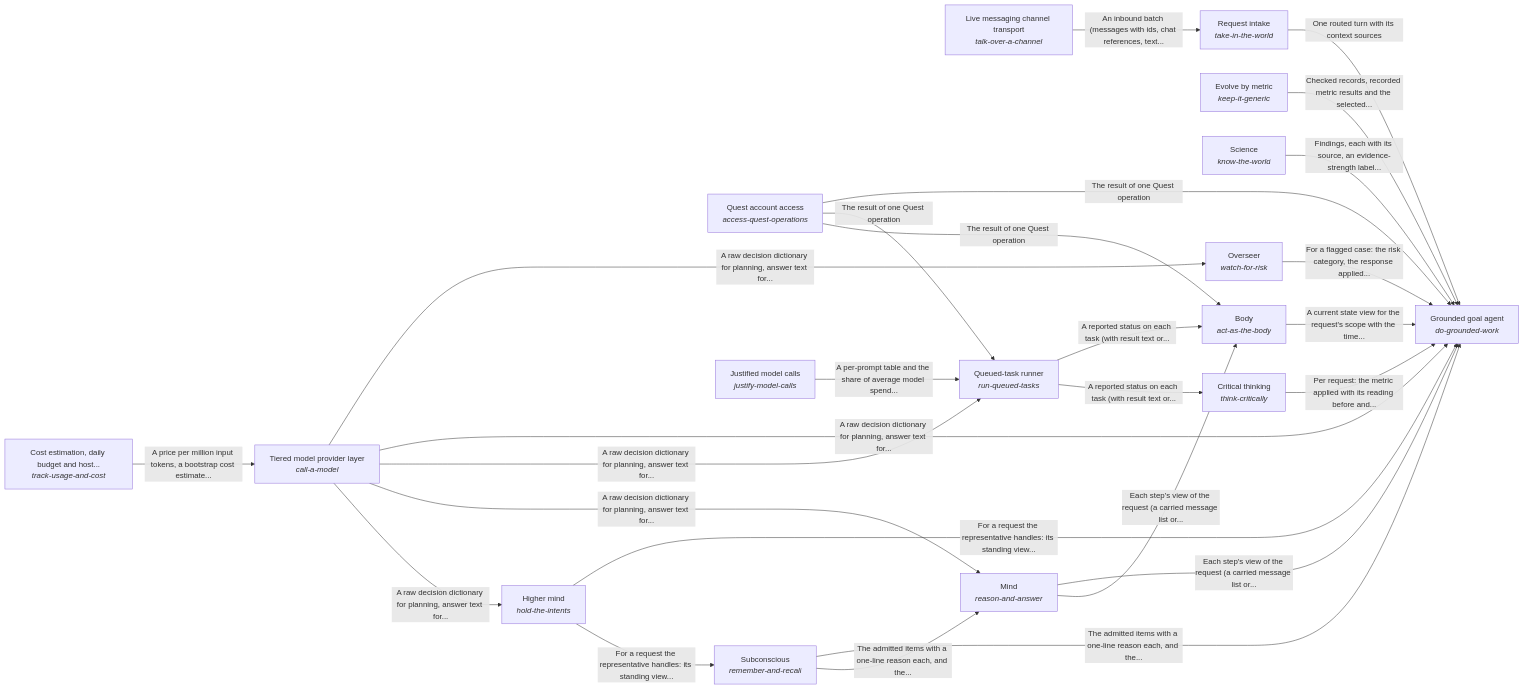
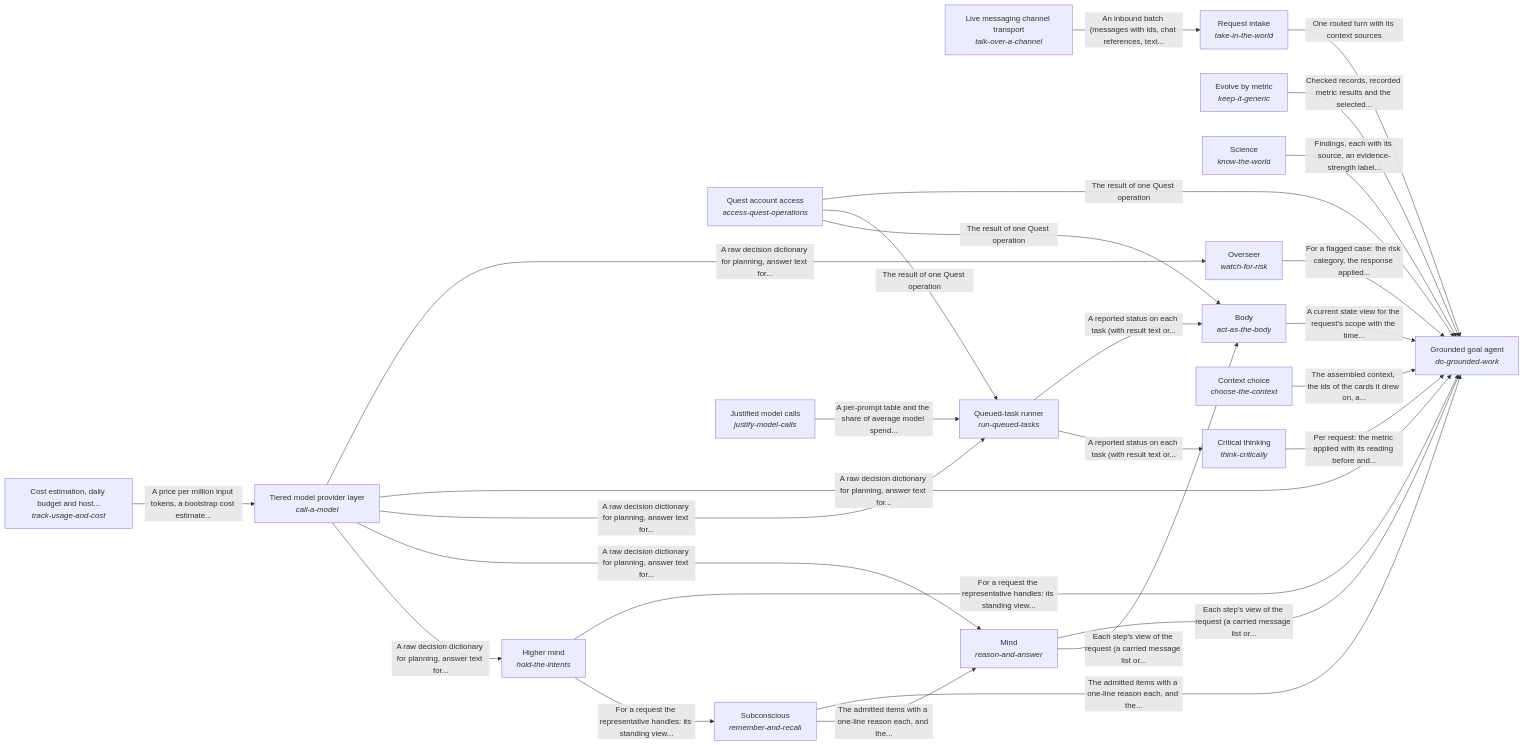
The diagram in esoi/README.md (SpiritualData/quest-ai-runner), drawn with Mermaid before and after one commit. The commit also changed other lines of this file and 34 other files, not shown here.

Commit message:
select_context gets a top-level area solution, choose-the-context, built like the other areas: area arm per_lane_assembly, typed seat in goal_agent, records, offline context_choice component

````diff
--- a/esoi/README.md
+++ b/esoi/README.md
@@ -17,44 +17,46 @@
 ```mermaid
 flowchart LR
     s0["Tiered model provider layer<br/><i>call-a-model</i>"]
     s1["Live messaging channel transport<br/><i>talk-over-a-channel</i>"]
     s2["Overseer<br/><i>watch-for-risk</i>"]
     s3["Cost estimation, daily budget and host...<br/><i>track-usage-and-cost</i>"]
     s4["Evolve by metric<br/><i>keep-it-generic</i>"]
     s5["Science<br/><i>know-the-world</i>"]
     s6["Grounded goal agent<br/><i>do-grounded-work</i>"]
     s7["Queued-task runner<br/><i>run-queued-tasks</i>"]
     s8["Mind<br/><i>reason-and-answer</i>"]
     s9["Body<br/><i>act-as-the-body</i>"]
     s10["Higher mind<br/><i>hold-the-intents</i>"]
     s11["Critical thinking<br/><i>think-critically</i>"]
     s12["Quest account access<br/><i>access-quest-operations</i>"]
     s13["Request intake<br/><i>take-in-the-world</i>"]
-    s14["Subconscious<br/><i>remember-and-recall</i>"]
-    s15["Justified model calls<br/><i>justify-model-calls</i>"]
+    s14["Context choice<br/><i>choose-the-context</i>"]
+    s15["Subconscious<br/><i>remember-and-recall</i>"]
+    s16["Justified model calls<br/><i>justify-model-calls</i>"]
     s0 -->|"A raw decision dictionary for planning, answer text for..."| s2
     s0 -->|"A raw decision dictionary for planning, answer text for..."| s6
     s0 -->|"A raw decision dictionary for planning, answer text for..."| s7
     s0 -->|"A raw decision dictionary for planning, answer text for..."| s8
     s0 -->|"A raw decision dictionary for planning, answer text for..."| s10
     s1 -->|"An inbound batch (messages with ids, chat references, text..."| s13
     s2 -->|"For a flagged case: the risk category, the response applied..."| s6
     s3 -->|"A price per million input tokens, a bootstrap cost estimate..."| s0
     s4 -->|"Checked records, recorded metric results and the selected..."| s6
     s5 -->|"Findings, each with its source, an evidence-strength label..."| s6
     s7 -->|"A reported status on each task (with result text or..."| s9
     s7 -->|"A reported status on each task (with result text or..."| s11
     s8 -->|"Each step's view of the request (a carried message list or..."| s6
     s8 -->|"Each step's view of the request (a carried message list or..."| s9
     s9 -->|"A current state view for the request's scope with the time..."| s6
     s10 -->|"For a request the representative handles: its standing view..."| s6
-    s10 -->|"For a request the representative handles: its standing view..."| s14
+    s10 -->|"For a request the representative handles: its standing view..."| s15
     s11 -->|"Per request: the metric applied with its reading before and..."| s6
     s12 -->|"The result of one Quest operation"| s6
     s12 -->|"The result of one Quest operation"| s7
     s12 -->|"The result of one Quest operation"| s9
     s13 -->|"One routed turn with its context sources"| s6
-    s14 -->|"The admitted items with a one-line reason each, and the..."| s6
-    s14 -->|"The admitted items with a one-line reason each, and the..."| s8
-    s15 -->|"A per-prompt table and the share of average model spend..."| s7
+    s14 -->|"The assembled context, the ids of the cards it drew on, a..."| s6
+    s15 -->|"The admitted items with a one-line reason each, and the..."| s6
+    s15 -->|"The admitted items with a one-line reason each, and the..."| s8
+    s16 -->|"A per-prompt table and the share of average model spend..."| s7
 ```
````
